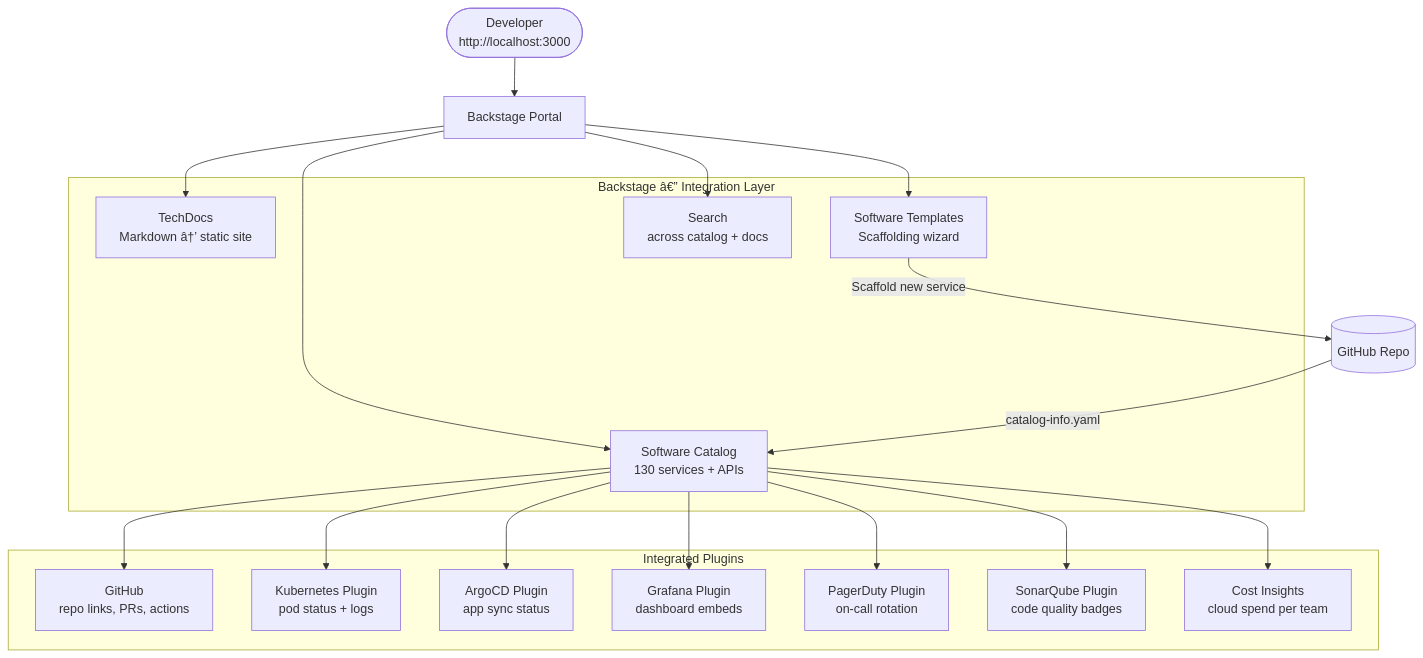
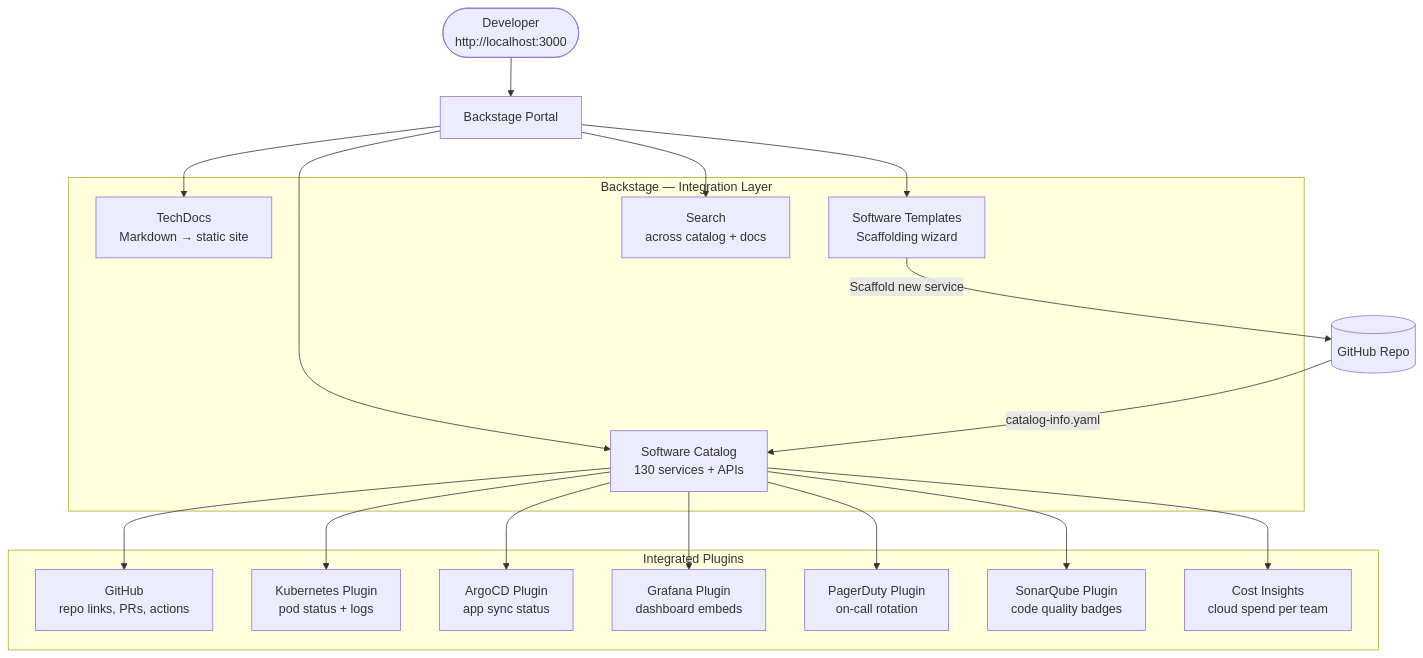
Before and after one commit to prabhat-roy/ShopOS: the diagram in backstage/README.md, drawn with Mermaid. The commit also changed other lines of this file and 2221 other files, not shown here.

````diff
--- a/backstage/README.md
+++ b/backstage/README.md
@@ -41,34 +41,34 @@
 ```mermaid
 graph TD
     DEV([Developer\nhttp://localhost:3000]) --> BS[Backstage Portal]
 
-    subgraph Backstage["Backstage â€” Integration Layer"]
+    subgraph Backstage["Backstage — Integration Layer"]
         SC[Software Catalog\n130 services + APIs]
-        TD[TechDocs\nMarkdown â†’ static site]
+        TD[TechDocs\nMarkdown → static site]
         TEMPL[Software Templates\nScaffolding wizard]
         SEARCH[Search\nacross catalog + docs]
     end
 
     BS --> SC & TD & TEMPL & SEARCH
 
     subgraph Plugins["Integrated Plugins"]
         GH[GitHub\nrepo links, PRs, actions]
         K8SP[Kubernetes Plugin\npod status + logs]
         ACD[ArgoCD Plugin\napp sync status]
         GF[Grafana Plugin\ndashboard embeds]
         PD[PagerDuty Plugin\non-call rotation]
         SONAR[SonarQube Plugin\ncode quality badges]
         COST[Cost Insights\ncloud spend per team]
     end
 
     SC --> GH
     SC --> K8SP
     SC --> ACD
     SC --> GF
     SC --> PD
     SC --> SONAR
     SC --> COST
 
     TEMPL -->|Scaffold new service| GHREPO[(GitHub Repo)]
     GHREPO -->|catalog-info.yaml| SC
 ```
````
